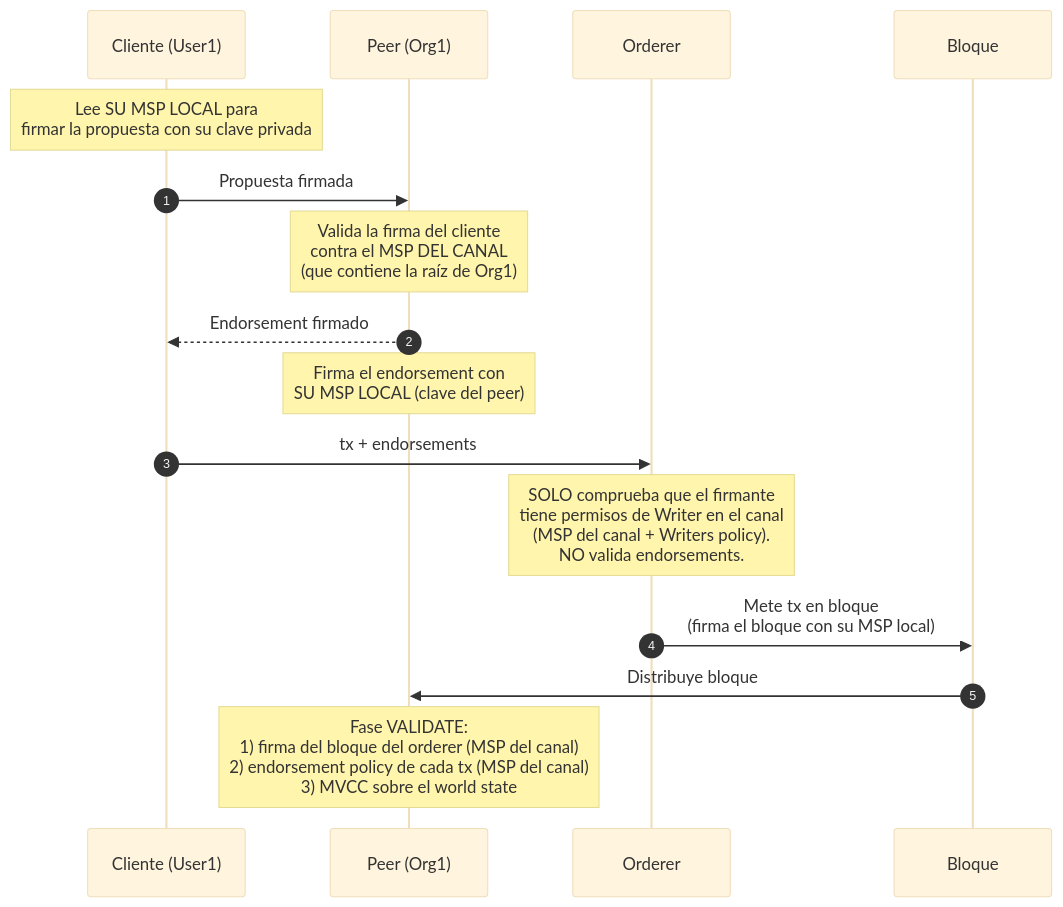
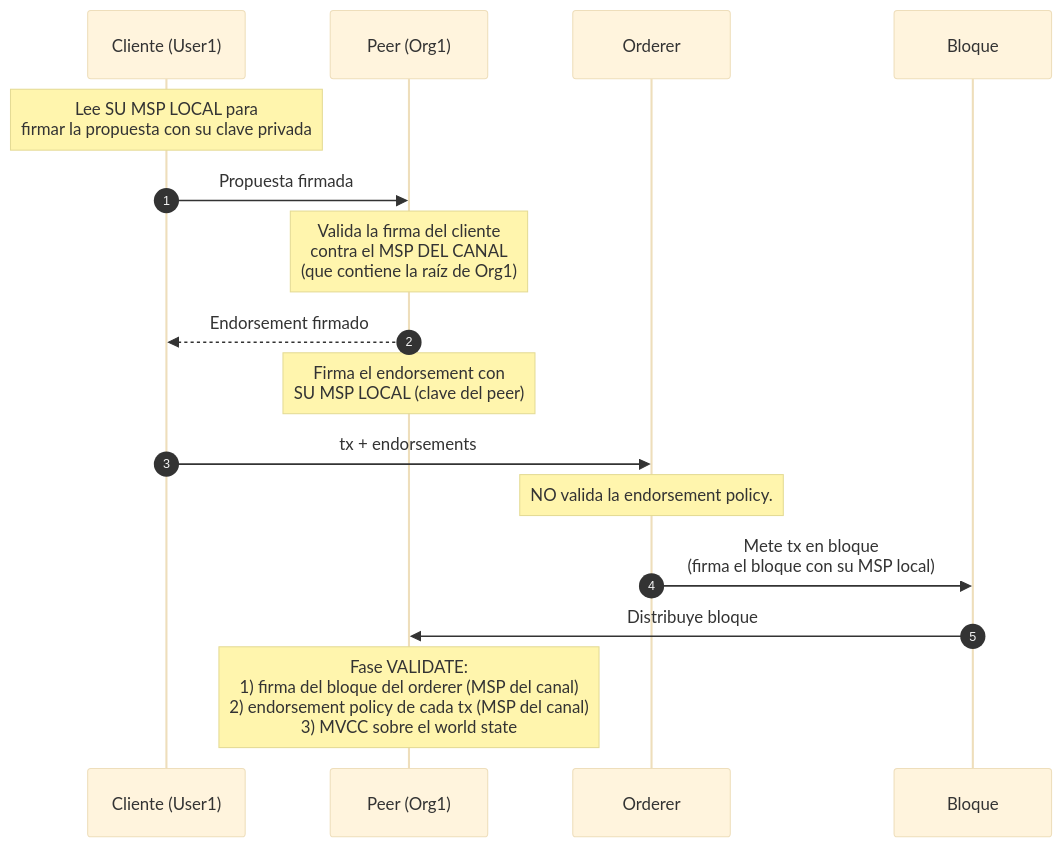
Before and after one commit to jjnieto/Curso-HLFabric: the third of 3 diagrams in Modulo-2/MSP.md, drawn with Mermaid (base theme).

Commit message:
Modulo-2 MSP.md: simplificar nota del orderer en el diagrama

````diff
--- a/Modulo-2/MSP.md
+++ b/Modulo-2/MSP.md
@@ -347,19 +347,19 @@
 ```mermaid
 sequenceDiagram
     autonumber
     participant Cli as Cliente (User1)
     participant Peer as Peer (Org1)
     participant Ord as Orderer
     participant Block as Bloque
 
     Note over Cli: Lee SU MSP LOCAL para<br/>firmar la propuesta con su clave privada
     Cli->>Peer: Propuesta firmada
     Note over Peer: Valida la firma del cliente<br/>contra el MSP DEL CANAL<br/>(que contiene la raíz de Org1)
     Peer-->>Cli: Endorsement firmado
     Note over Peer: Firma el endorsement con<br/>SU MSP LOCAL (clave del peer)
     Cli->>Ord: tx + endorsements
-    Note over Ord: SOLO comprueba que el firmante<br/>tiene permisos de Writer en el canal<br/>(MSP del canal + Writers policy).<br/>NO valida endorsements.
+    Note over Ord: NO valida la endorsement policy.
     Ord->>Block: Mete tx en bloque<br/>(firma el bloque con su MSP local)
     Block->>Peer: Distribuye bloque
     Note over Peer: Fase VALIDATE:<br/>1) firma del bloque del orderer (MSP del canal)<br/>2) endorsement policy de cada tx (MSP del canal)<br/>3) MVCC sobre el world state
 ```
````
